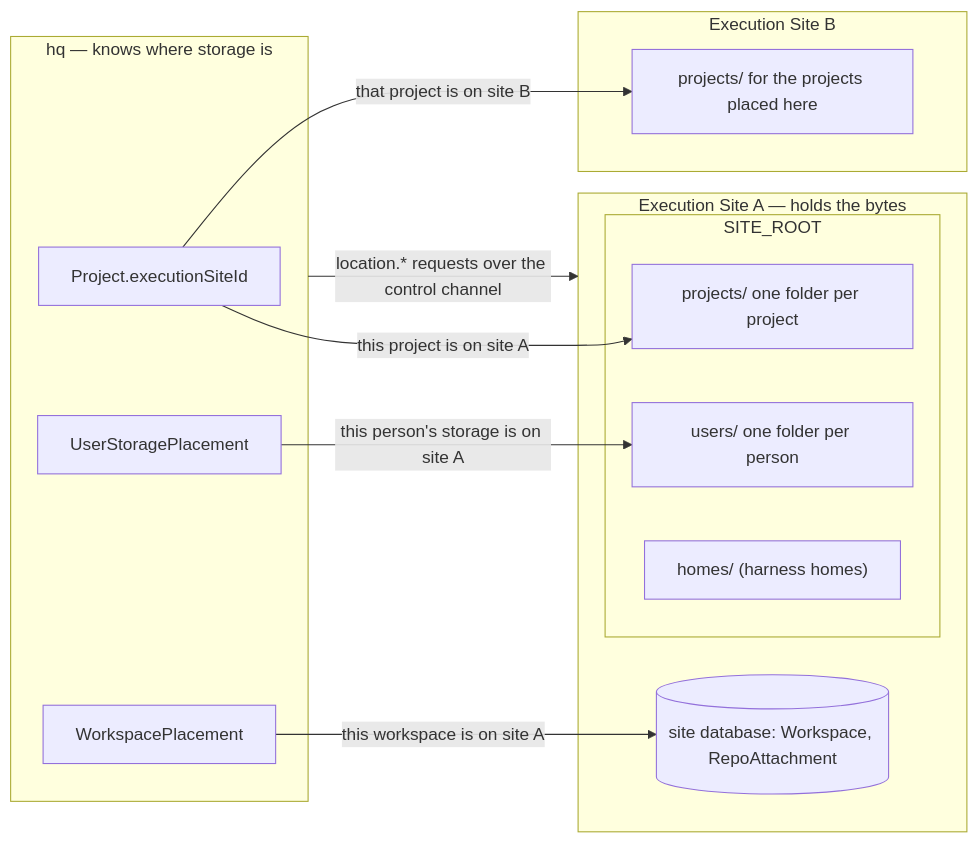
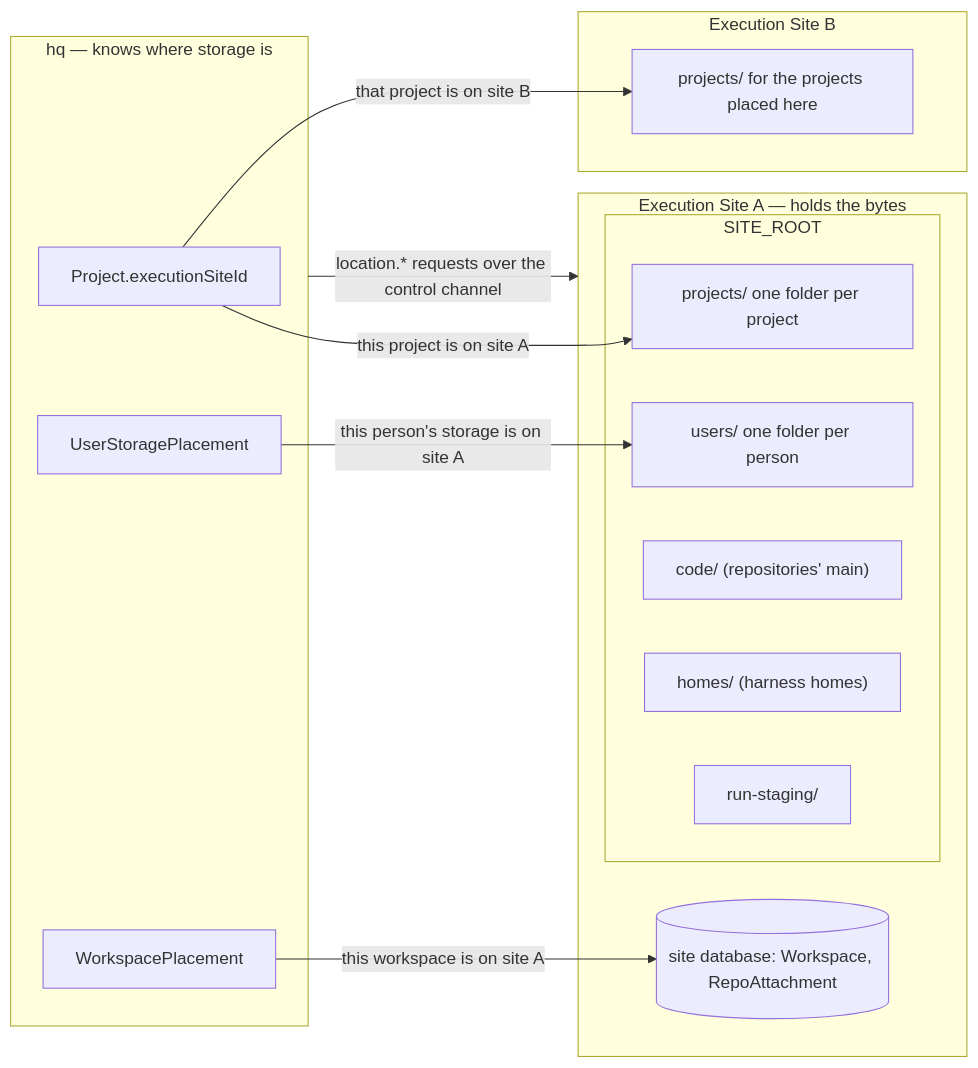
Before and after one commit to solution84-com/agenthix: the first of 2 diagrams in docs/architecture/storage-and-placement.md, drawn with Mermaid. The commit also changed other lines of this file and 98 other files, not shown here.

````diff
--- a/docs/architecture/storage-and-placement.md
+++ b/docs/architecture/storage-and-placement.md
@@ -6,24 +6,26 @@
 ```mermaid
 flowchart LR
     subgraph HQ ["hq — knows where storage is"]
         PRJ["Project.executionSiteId"]
         USP["UserStoragePlacement"]
         WP["WorkspacePlacement"]
     end
     subgraph SB ["Execution Site B"]
         P2["projects/ for the projects placed here"]
     end
     subgraph SA ["Execution Site A — holds the bytes"]
         DB[("site database: Workspace, RepoAttachment")]
         subgraph DISK ["SITE_ROOT"]
             P1["projects/ one folder per project"]
             U1["users/ one folder per person"]
+            C1["code/ (repositories' main)"]
             H1["homes/ (harness homes)"]
+            R1["run-staging/"]
         end
     end
     PRJ -->|"this project is on site A"| P1
     PRJ -->|"that project is on site B"| P2
     USP -->|"this person's storage is on site A"| U1
     WP -->|"this workspace is on site A"| DB
     HQ -->|"location.* requests over the control channel"| SA
 ```
````
